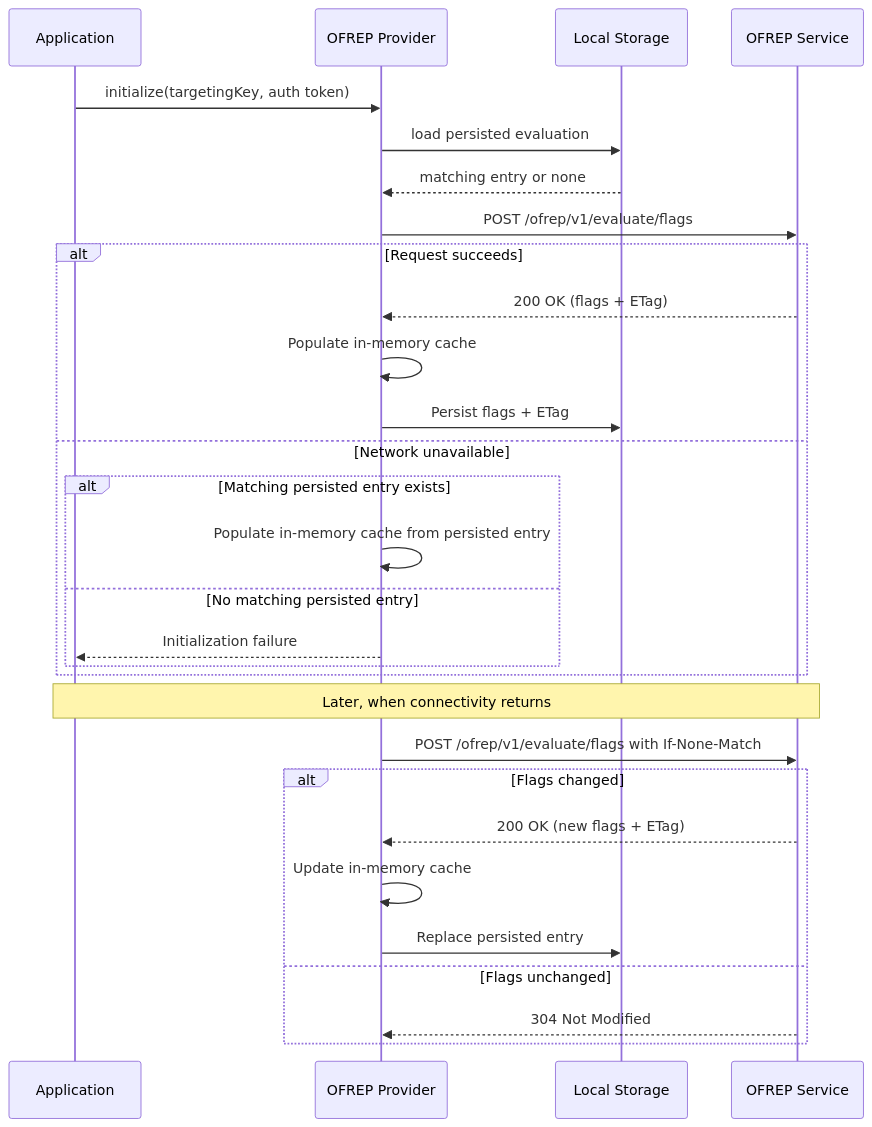
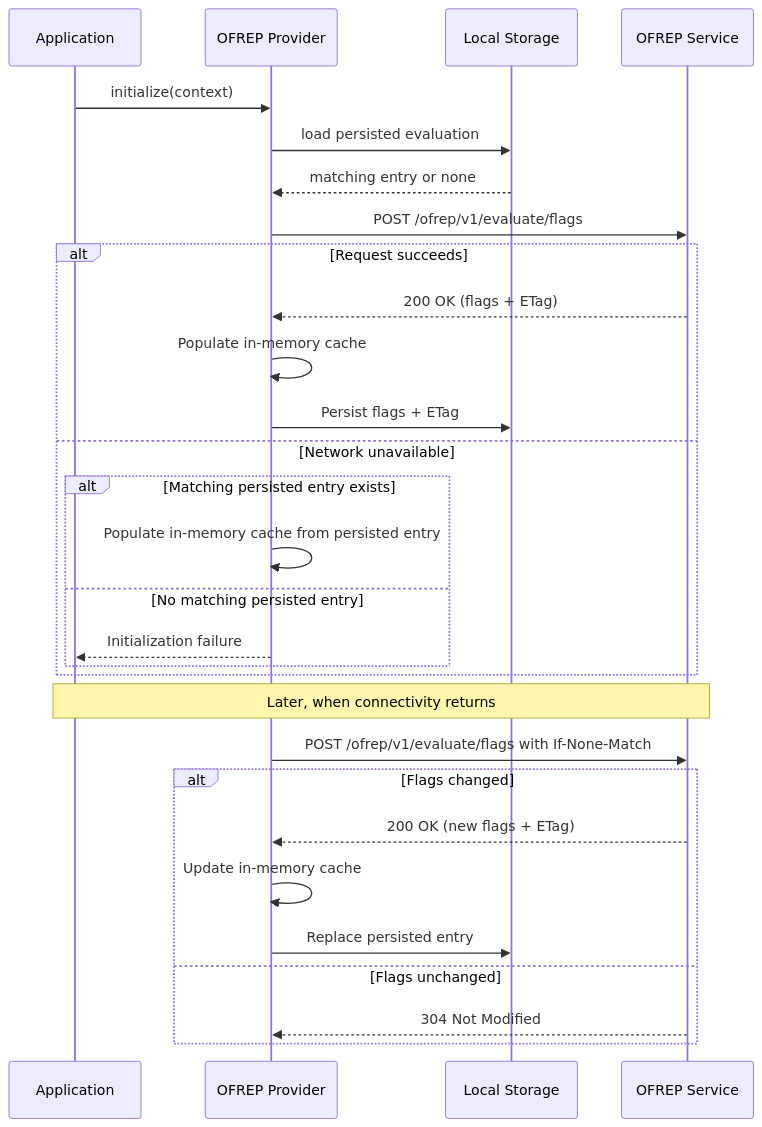
One commit to open-feature/protocol changed the diagram in service/adrs/0009-localStorageForStaticContextProviders.md. Above: the diagram before and after it, drawn with Mermaid. The commit also changed other lines of this file, not shown here.

Commit message:
docs(adr): clean up implementation notes and mermaid diagram
Remove redundant implementation notes that overlap with the decision section. Simplify mermaid diagram initialize call to use context.

````diff
--- a/service/adrs/0009-localStorageForStaticContextProviders.md
+++ b/service/adrs/0009-localStorageForStaticContextProviders.md
@@ -64,33 +64,33 @@
 ```mermaid
 sequenceDiagram
     participant App as Application
     participant Provider as OFREP Provider
     participant Storage as Local Storage
     participant Server as OFREP Service
 
-    App->>Provider: initialize(targetingKey, auth token)
+    App->>Provider: initialize(context)
     Provider->>Storage: load persisted evaluation
     Storage-->>Provider: matching entry or none
     Provider->>Server: POST /ofrep/v1/evaluate/flags
     alt Request succeeds
         Server-->>Provider: 200 OK (flags + ETag)
         Provider->>Provider: Populate in-memory cache
         Provider->>Storage: Persist flags + ETag
     else Network unavailable
         alt Matching persisted entry exists
             Provider->>Provider: Populate in-memory cache from persisted entry
         else No matching persisted entry
             Provider-->>App: Initialization failure
         end
     end
 
     Note over App,Server: Later, when connectivity returns
     Provider->>Server: POST /ofrep/v1/evaluate/flags with If-None-Match
     alt Flags changed
         Server-->>Provider: 200 OK (new flags + ETag)
         Provider->>Provider: Update in-memory cache
         Provider->>Storage: Replace persisted entry
     else Flags unchanged
         Server-->>Provider: 304 Not Modified
     end
 ```
````
